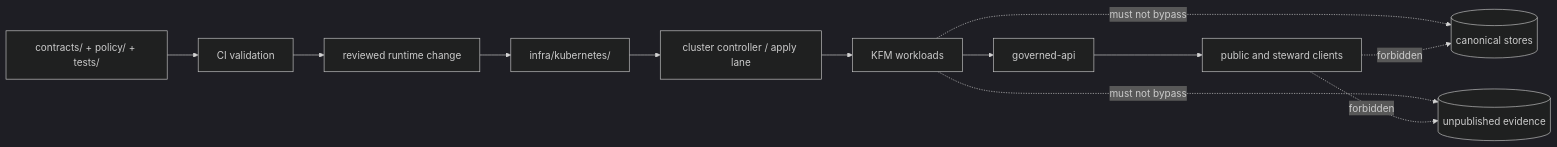
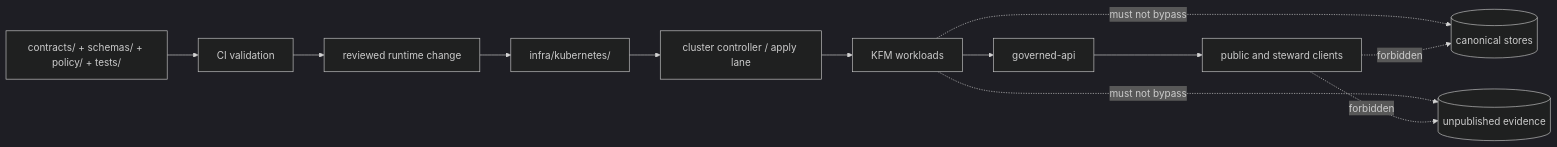
One commit to bartytime4life/Kansas-Frontier-Matrix changed the diagram in infra/kubernetes/README.md. Above: the diagram before and after it, drawn with Mermaid (dark theme). The commit also changed other lines of this file, not shown here.

````diff
--- a/infra/kubernetes/README.md
+++ b/infra/kubernetes/README.md
@@ -274,15 +302,15 @@
 ```mermaid
 flowchart LR
-    A[contracts/ + policy/ + tests/] --> B[CI validation]
+    A[contracts/ + schemas/ + policy/ + tests/] --> B[CI validation]
     B --> C[reviewed runtime change]
     C --> D[infra/kubernetes/]
     D --> E[cluster controller / apply lane]
     E --> F[KFM workloads]
     F --> G[governed-api]
     G --> H[public and steward clients]
 
     F -. must not bypass .-> X[(canonical stores)]
     F -. must not bypass .-> Y[(unpublished evidence)]
     H -. forbidden .-> X
     H -. forbidden .-> Y
 ```
````
